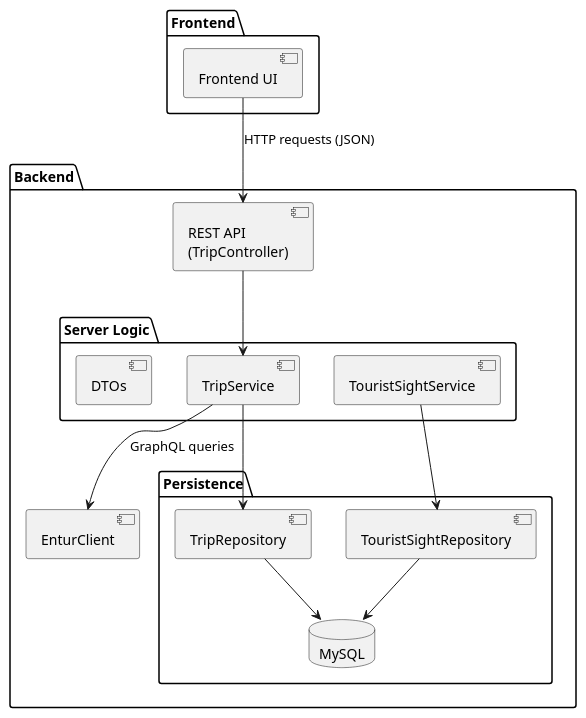
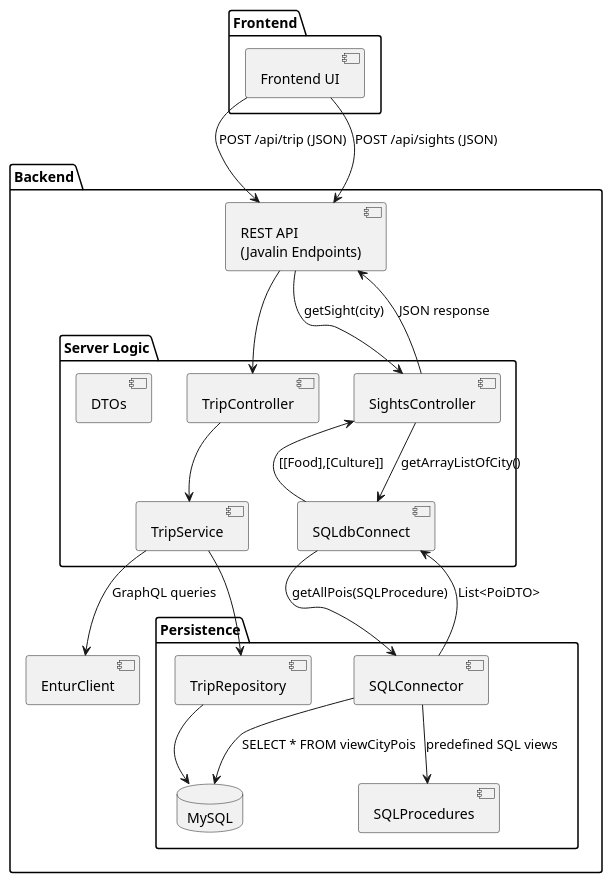
One commit to nafisaaay/SET-group-7 changed the diagram in backend/src/modellering/PublicTransportComponentDetailed.puml. Above: the diagram before and after it, drawn with PlantUML. The commit also changed 2 other files, not shown here.

Commit message:
fix: oppdatert klassediagrammene

```diff
--- a/backend/src/modellering/PublicTransportComponentDetailed.puml
+++ b/backend/src/modellering/PublicTransportComponentDetailed.puml
@@ -1,36 +1,51 @@
 @startuml
 'https://plantuml.com/component-diagram
 
+package "Frontend" {
+    [Frontend UI] as Frontend_UI
+}
 
-   package "Frontend" {
-       [Frontend UI] as Frontend_UI
-   }
+package "Backend" {
 
-   package "Backend" {
+    [REST API\n(Javalin Endpoints)] as REST_API
 
-       [REST API\n(TripController)] as REST_API
+    package "Server Logic" {
+        [TripController]
+        [TripService]
+        [SightsController]
+        [SQLdbConnect]
+        [DTOs]
+    }
 
-       package "Server Logic" {
-           [TripService]
-           [TouristSightService]
-           [DTOs]
-       }
+    package "Persistence" {
+        [TripRepository]
+        [SQLConnector]
+        [SQLProcedures]
+        database MySQL
+    }
 
-       package "Persistence" {
-           [TripRepository]
-           [TouristSightRepository]
-           database MySQL
-       }
+    [EnturClient]
+}
 
-       [EnturClient]
+' Relasjoner – Trip-flow
 
+Frontend_UI --> REST_API : POST /api/trip (JSON)
+REST_API --> TripController
+TripController --> TripService
+TripService --> EnturClient : GraphQL queries
+TripService --> TripRepository
+TripRepository --> MySQL
 
-   ' --- Relasjoner mellom komponentene ---
-   Frontend_UI --> REST_API : HTTP requests (JSON)
-   REST_API --> TripService
-   TripService --> EnturClient : GraphQL queries
-   TripService --> TripRepository
-   TouristSightService --> TouristSightRepository
-   TripRepository --> MySQL
-   TouristSightRepository --> MySQL
+' Relasjoner – Sights-flow
+Frontend_UI --> REST_API : POST /api/sights (JSON)
+REST_API --> SightsController : getSight(city)
+SightsController --> SQLdbConnect : getArrayListOfCity()
+SQLdbConnect --> SQLConnector : getAllPois(SQLProcedure)
+SQLConnector --> SQLProcedures : predefined SQL views
+SQLConnector --> MySQL : SELECT * FROM viewCityPois
+
+SQLConnector --> SQLdbConnect : List<PoiDTO>
+SQLdbConnect --> SightsController : [[Food],[Culture]]
+SightsController --> REST_API : JSON response
+
 @enduml
```
